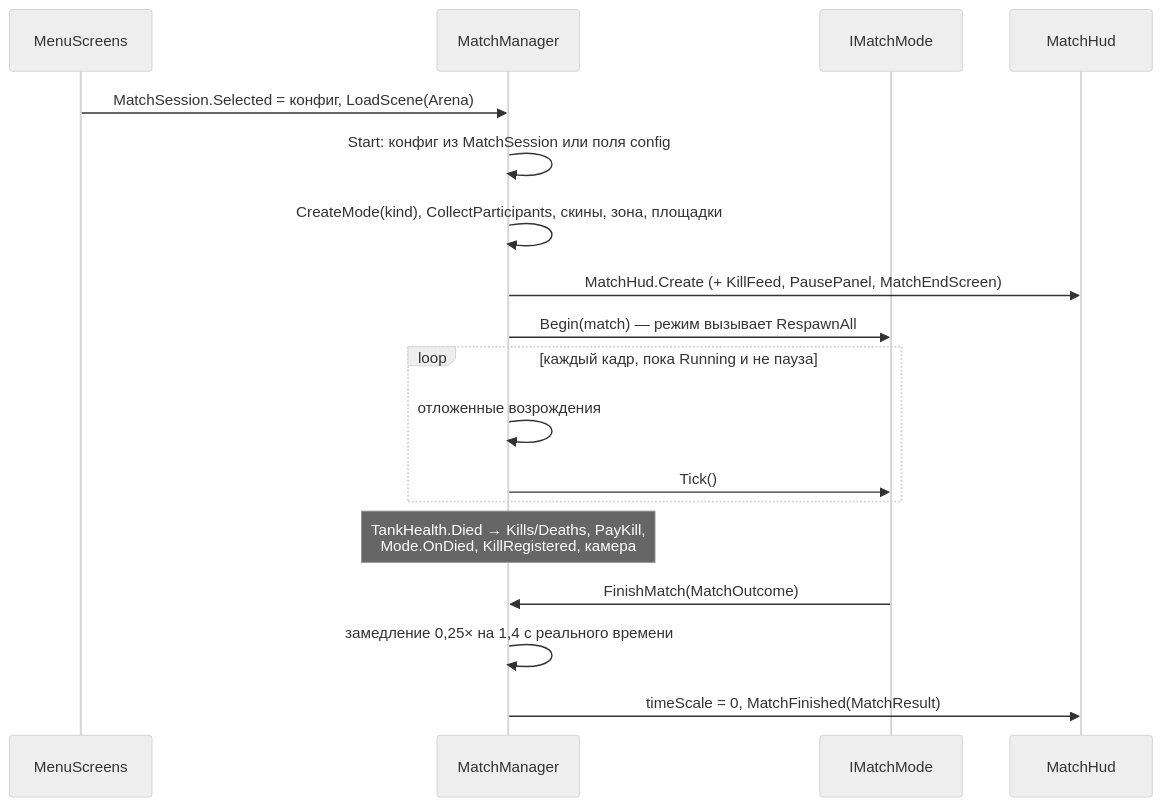
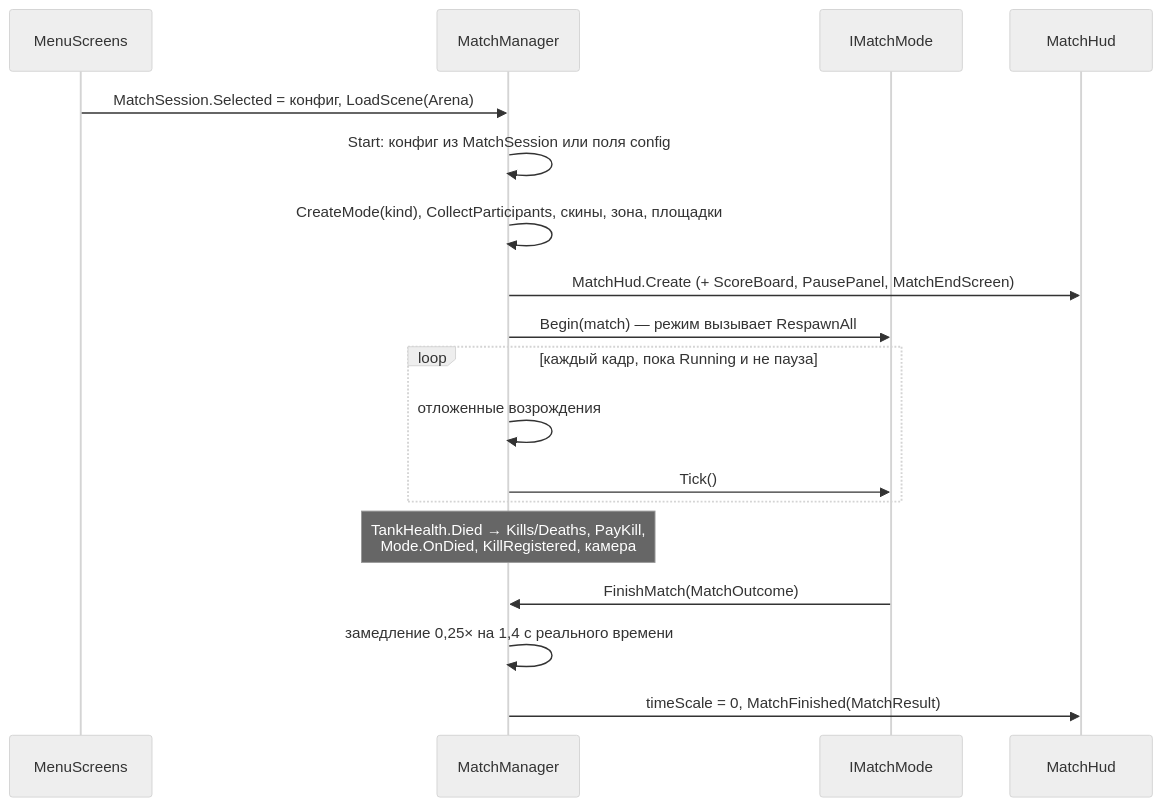
One commit to niikage7/burmalda-gamejam changed the diagram in Documentation/articles/match.md. Above: the diagram before and after it, drawn with Mermaid (neutral theme). The commit also changed other lines of this file and 67 other files, not shown here.

````diff
--- a/Documentation/articles/match.md
+++ b/Documentation/articles/match.md
@@ -31,20 +31,20 @@
 ```mermaid
 sequenceDiagram
     participant Menu as MenuScreens
     participant MM as MatchManager
     participant Mode as IMatchMode
     participant HUD as MatchHud
     Menu->>MM: MatchSession.Selected = конфиг, LoadScene(Arena)
     MM->>MM: Start: конфиг из MatchSession или поля config
     MM->>MM: CreateMode(kind), CollectParticipants, скины, зона, площадки
-    MM->>HUD: MatchHud.Create (+ KillFeed, PausePanel, MatchEndScreen)
+    MM->>HUD: MatchHud.Create (+ ScoreBoard, PausePanel, MatchEndScreen)
     MM->>Mode: Begin(match) — режим вызывает RespawnAll
     loop каждый кадр, пока Running и не пауза
         MM->>MM: отложенные возрождения
         MM->>Mode: Tick()
     end
     Note over MM: TankHealth.Died → Kills/Deaths, PayKill,<br/>Mode.OnDied, KillRegistered, камера
     Mode->>MM: FinishMatch(MatchOutcome)
     MM->>MM: замедление 0,25× на 1,4 с реального времени
     MM->>HUD: timeScale = 0, MatchFinished(MatchResult)
 ```
````
